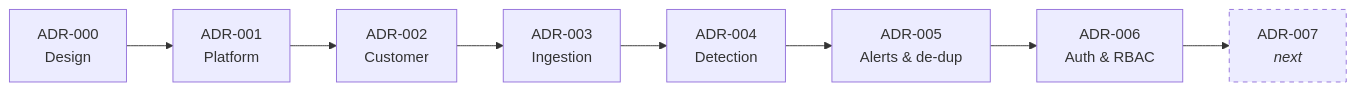
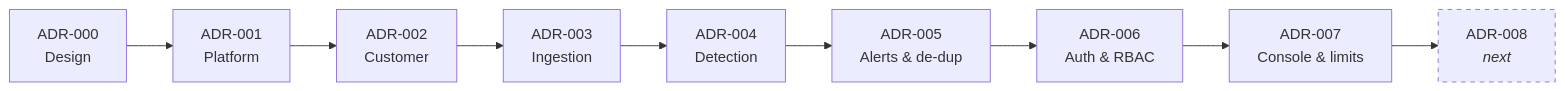
Before and after one commit to iamrupambiswas/sentinel-aml: the diagram in docs/ADR/README.md, drawn with Mermaid. The commit also changed other lines of this file and 65 other files, not shown here.

First line of the commit message:
feat(p7): analyst console, live alerts over SSE, gateway rate and size limits

````diff
--- a/docs/ADR/README.md
+++ b/docs/ADR/README.md
@@ -19,5 +20,5 @@
 ```mermaid
 flowchart LR
-    A0[ADR-000<br/>Design] --> A1[ADR-001<br/>Platform] --> A2[ADR-002<br/>Customer] --> A3[ADR-003<br/>Ingestion] --> A4[ADR-004<br/>Detection] --> A5[ADR-005<br/>Alerts & de-dup] --> A6[ADR-006<br/>Auth & RBAC] --> A7[ADR-007<br/><i>next</i>]
-    style A7 stroke-dasharray: 5 5
+    A0[ADR-000<br/>Design] --> A1[ADR-001<br/>Platform] --> A2[ADR-002<br/>Customer] --> A3[ADR-003<br/>Ingestion] --> A4[ADR-004<br/>Detection] --> A5[ADR-005<br/>Alerts & de-dup] --> A6[ADR-006<br/>Auth & RBAC] --> A7[ADR-007<br/>Console & limits] --> A8[ADR-008<br/><i>next</i>]
+    style A8 stroke-dasharray: 5 5
 ```
````
